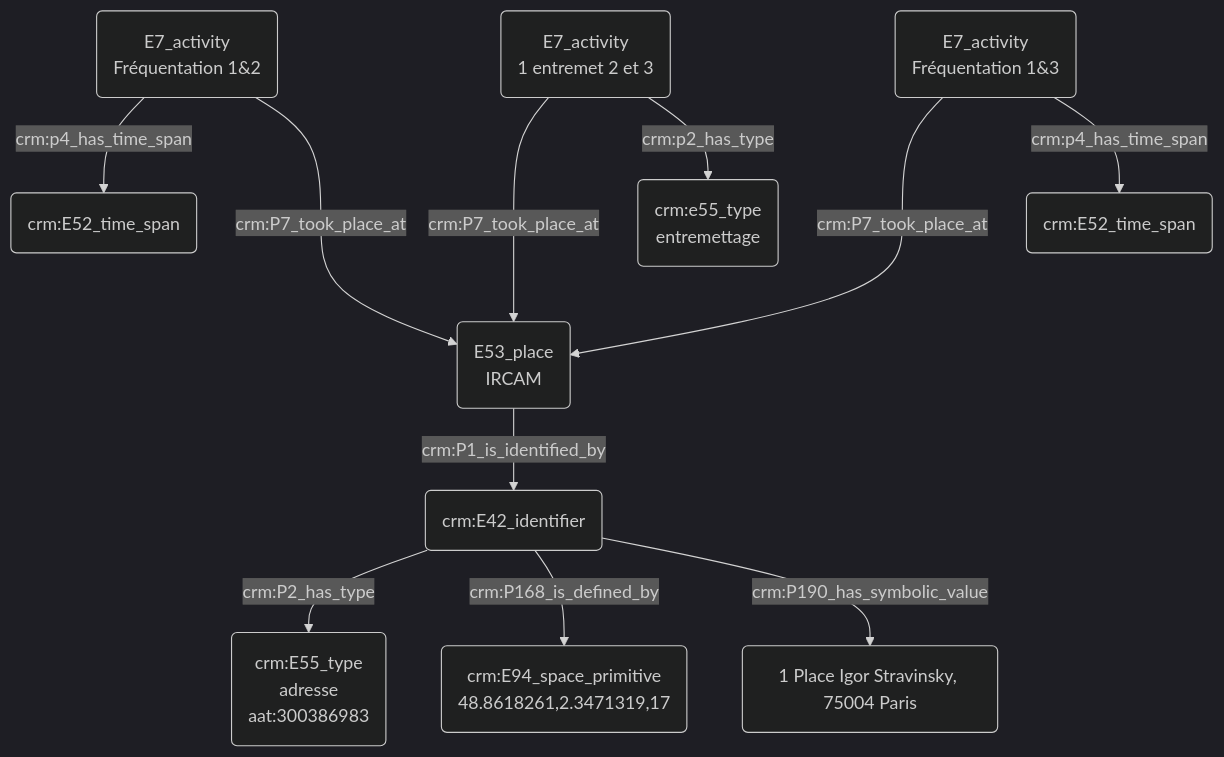
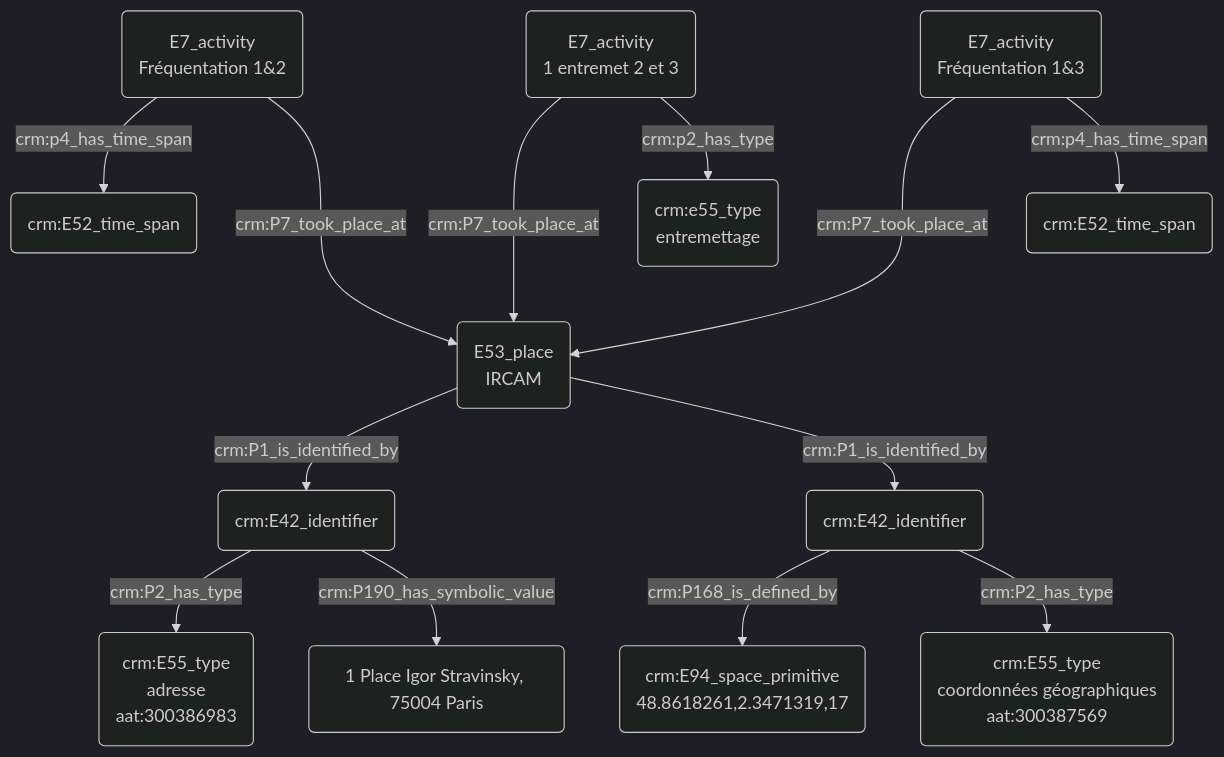
Before and after one commit to Amleth/consortium-musica2-gt2-ontologies: the second of 2 diagrams in modules/livrables/Dossier 2/Prosopographie/rencontre de quelqu'un par le biais d'une tierce personne au sein d'un même lieu.md, drawn with Mermaid (dark theme).

Commit message:
Update rencontre de quelqu'un par le biais d'une tierce personne au sein d'un même lieu.md

````diff
--- a/modules/livrables/Dossier 2/Prosopographie/rencontre de quelqu'un par le biais d'une tierce personne au sein d'un même lieu.md
+++ b/modules/livrables/Dossier 2/Prosopographie/rencontre de quelqu'un par le biais d'une tierce personne au sein d'un même lieu.md
@@ -33,17 +33,19 @@
 ```mermaid
 graph TD;
 
 B(E7_activity<br>Fréquentation 1&2) --> |crm:p4_has_time_span| I(crm:E52_time_span)
 B(E7_activity<br>Fréquentation 1&2) --->|crm:P7_took_place_at| K(E53_place<br>IRCAM)
 
 O(E7_activity<br>1 entremet 2 et 3) ---> |crm:P7_took_place_at| K(E53_place<br>IRCAM)
 O(E7_activity<br>1 entremet 2 et 3) --> |crm:p2_has_type| P(crm:e55_type<br>entremettage)
 D(E7_activity<br>Fréquentation 1&3) --->|crm:P7_took_place_at| K(E53_place<br>IRCAM)
 D(E7_activity<br>Fréquentation 1&3) --> |crm:p4_has_time_span| R(crm:E52_time_span)
 
 K(E53_place<br>IRCAM) --> |crm:P1_is_identified_by| L(crm:E42_identifier)
 L(crm:E42_identifier) --> |crm:P2_has_type| M(crm:E55_type<br>adresse<br>aat:300386983)
-L(crm:E42_identifier) --> |crm:P168_is_defined_by| N(crm:E94_space_primitive<br>48.8618261,2.3471319,17)
 L(crm:E42_identifier) --> |crm:P190_has_symbolic_value| T(1 Place Igor Stravinsky, 75004 Paris)
+K(E53_place<br>IRCAM) --> |crm:P1_is_identified_by| U(crm:E42_identifier)
+U(crm:E42_identifier) --> |crm:P168_is_defined_by| N(crm:E94_space_primitive<br>48.8618261,2.3471319,17)
+U(crm:E42_identifier) --> |crm:P2_has_type| V(crm:E55_type<br>coordonnées géographiques<br>aat:300387569)
 
 ```
````
